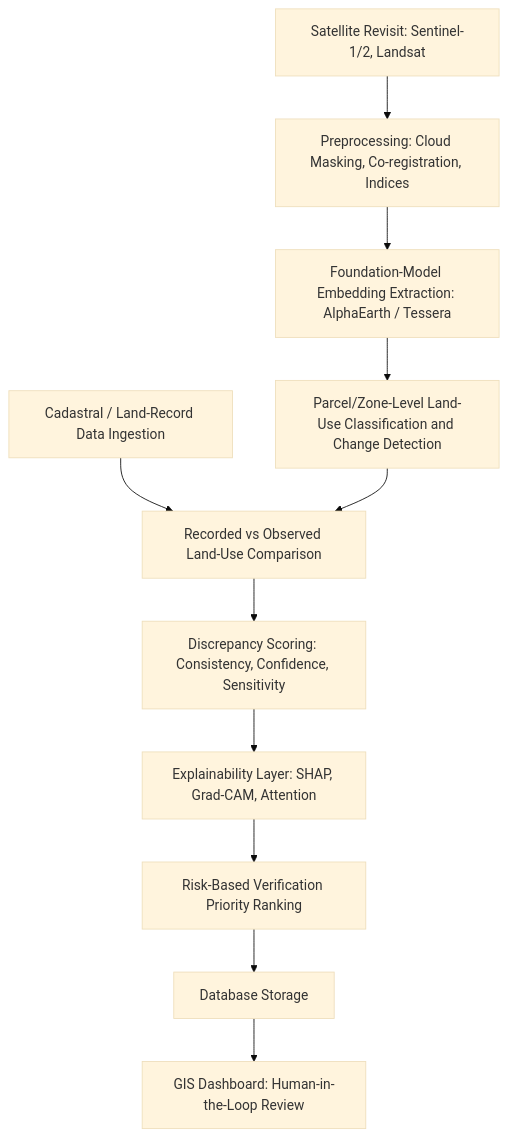
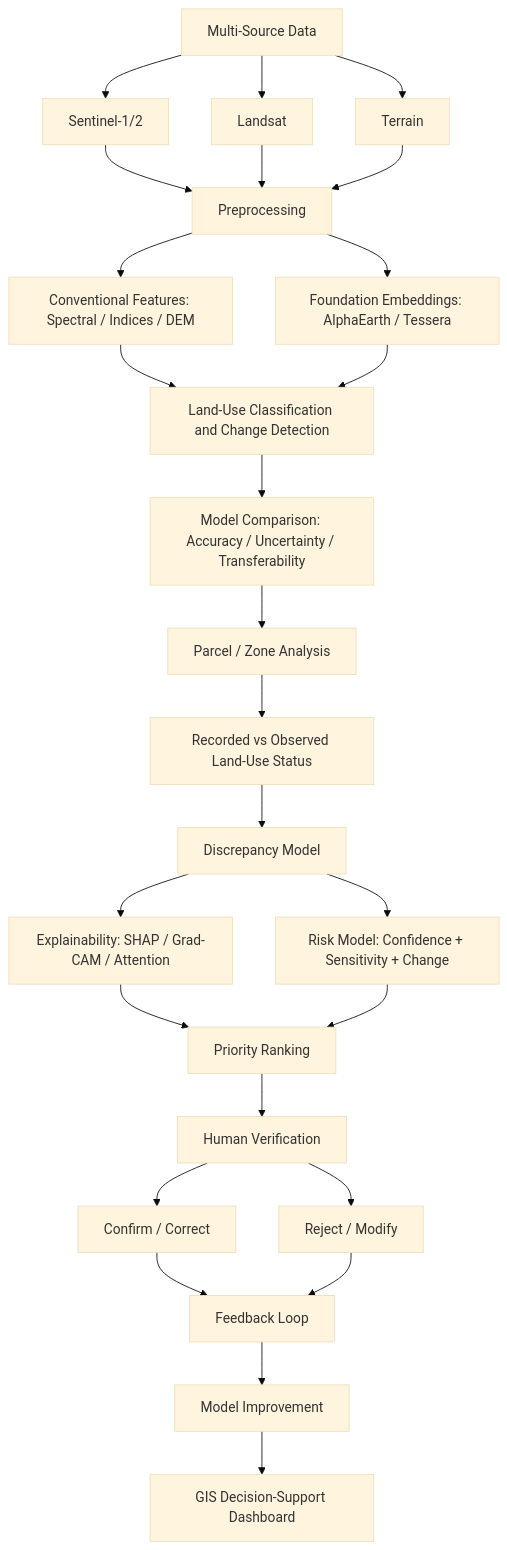
One commit to neetuyadav98/explainable-geoai-land-governance changed the diagram in README.md. Above: the diagram before and after it, drawn with Mermaid (base theme). The commit also changed other lines of this file, not shown here.

Commit message:
Revise proposed workflow in README with detailed steps

````diff
--- a/README.md
+++ b/README.md
@@ -105,25 +105,50 @@
 ```mermaid
 flowchart TD
-    A[Satellite Revisit: Sentinel-1/2, Landsat]
-    B[Cadastral / Land-Record Data Ingestion]
-    C[Preprocessing: Cloud Masking, Co-registration, Indices]
-    D[Foundation-Model Embedding Extraction: AlphaEarth / Tessera]
-    E[Parcel/Zone-Level Land-Use Classification and Change Detection]
-    F[Recorded vs Observed Land-Use Comparison]
-    G[Discrepancy Scoring: Consistency, Confidence, Sensitivity]
-    H[Explainability Layer: SHAP, Grad-CAM, Attention]
-    I[Risk-Based Verification Priority Ranking]
-    J[Database Storage]
-    K[GIS Dashboard: Human-in-the-Loop Review]
+    A[Multi-Source Data]
+    B[Sentinel-1/2]
+    C[Landsat]
+    D[Terrain]
+    E[Preprocessing]
+    F[Conventional Features: Spectral / Indices / DEM]
+    G[Foundation Embeddings: AlphaEarth / Tessera]
+    H[Land-Use Classification and Change Detection]
+    I[Model Comparison: Accuracy / Uncertainty / Transferability]
+    J[Parcel / Zone Analysis]
+    K[Recorded vs Observed Land-Use Status]
+    L[Discrepancy Model]
+    M[Explainability: SHAP / Grad-CAM / Attention]
+    N[Risk Model: Confidence + Sensitivity + Change]
+    O[Priority Ranking]
+    P[Human Verification]
+    Q[Confirm / Correct]
+    R[Reject / Modify]
+    S[Feedback Loop]
+    T[Model Improvement]
+    U[GIS Decision-Support Dashboard]
 
+    A --> B
     A --> C
-    B --> F
-    C --> D
+    A --> D
+    B --> E
+    C --> E
     D --> E
     E --> F
-    F --> G
+    E --> G
+    F --> H
     G --> H
     H --> I
     I --> J
     J --> K
+    K --> L
+    L --> M
+    L --> N
+    M --> O
+    N --> O
+    O --> P
+    P --> Q
+    P --> R
+    Q --> S
+    R --> S
+    S --> T
+    T --> U
 ```
````
